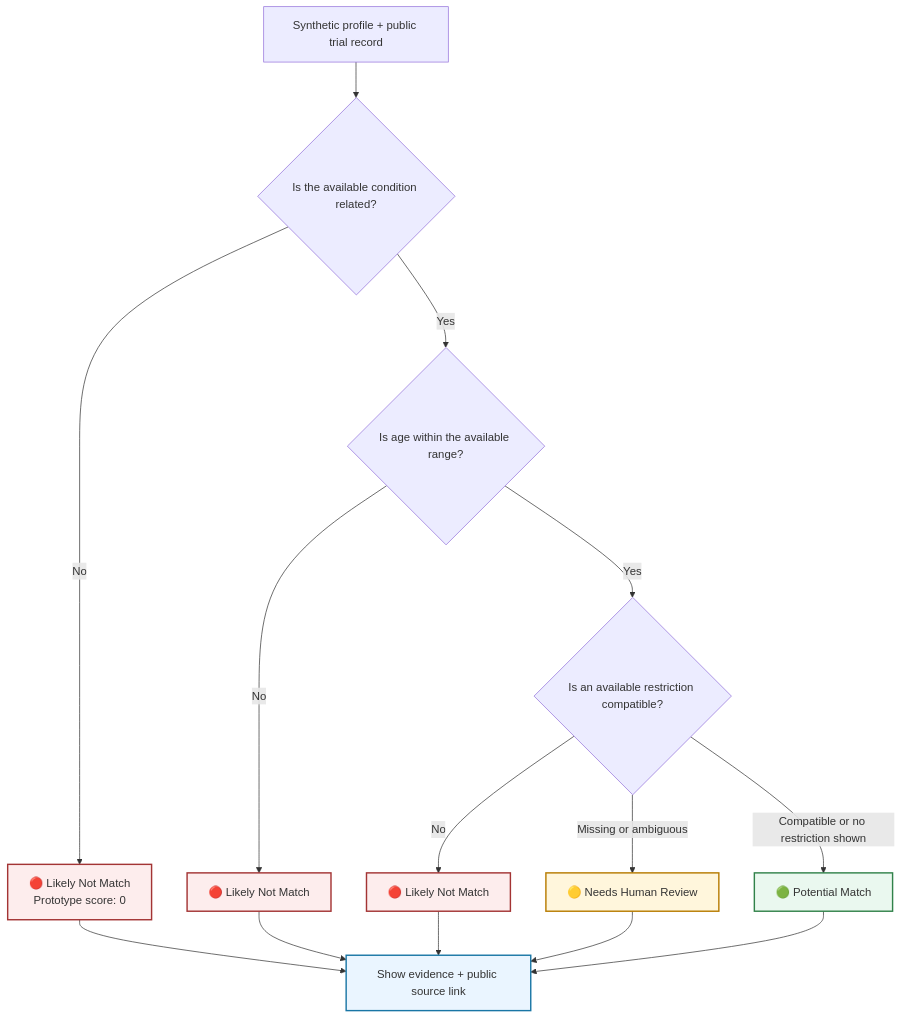
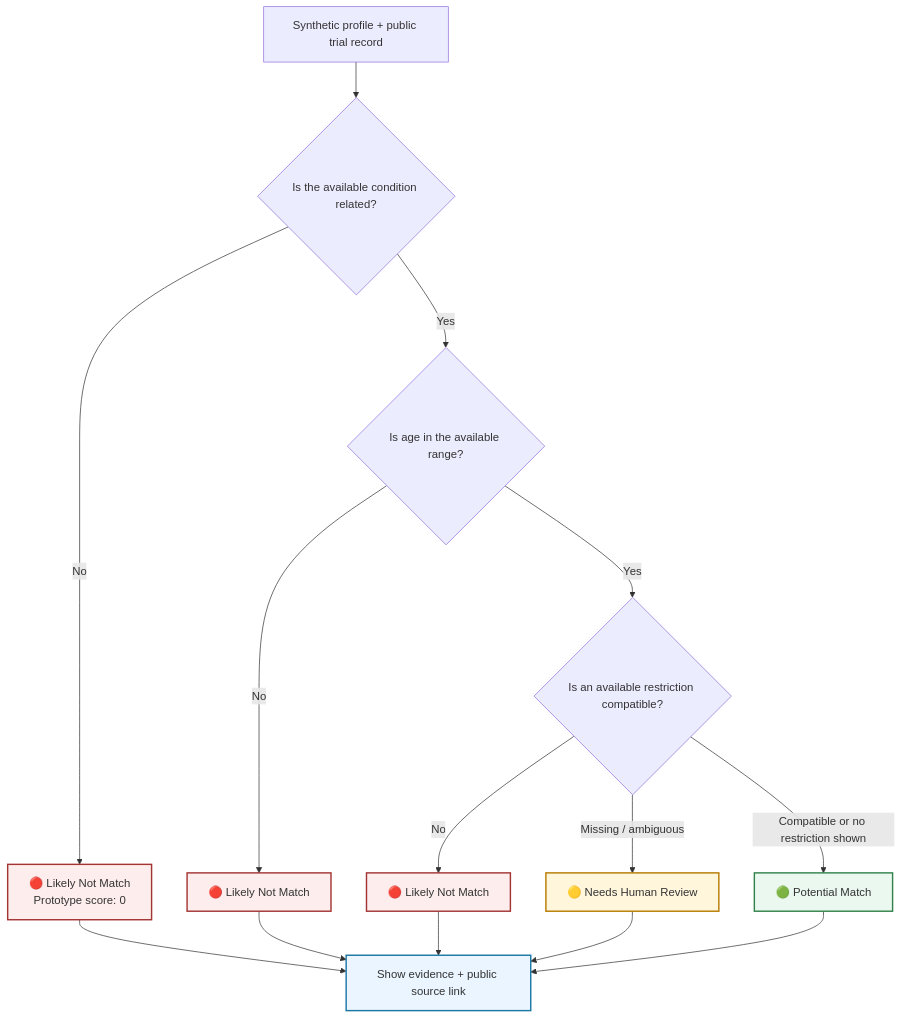
The second of 3 diagrams in README.md (vivek0717/agentic-clinical-trial-matching), drawn with Mermaid before and after one commit. The commit also changed other lines of this file, not shown here.

````diff
--- a/README.md
+++ b/README.md
@@ -137,27 +171,27 @@
 ```mermaid
 flowchart TD
     A["Synthetic profile + public trial record"] --> B{"Is the available condition related?"}
 
     B -->|"No"| C["🔴 Likely Not Match<br/>Prototype score: 0"]
-    B -->|"Yes"| D{"Is age within the available range?"}
+    B -->|"Yes"| D{"Is age in the available range?"}
 
     D -->|"No"| E["🔴 Likely Not Match"]
     D -->|"Yes"| F{"Is an available restriction compatible?"}
 
     F -->|"No"| G["🔴 Likely Not Match"]
-    F -->|"Missing or ambiguous"| H["🟡 Needs Human Review"]
+    F -->|"Missing / ambiguous"| H["🟡 Needs Human Review"]
     F -->|"Compatible or no restriction shown"| I["🟢 Potential Match"]
 
     C --> J["Show evidence + public source link"]
     E --> J
     G --> J
     H --> J
     I --> J
 
     style C fill:#FDEDED,stroke:#A33434,stroke-width:2px
     style E fill:#FDEDED,stroke:#A33434,stroke-width:2px
     style G fill:#FDEDED,stroke:#A33434,stroke-width:2px
     style H fill:#FFF6DC,stroke:#B77B00,stroke-width:2px
     style I fill:#EAF8EF,stroke:#31824A,stroke-width:2px
     style J fill:#EAF5FF,stroke:#1976A5,stroke-width:2px
 ```
````
